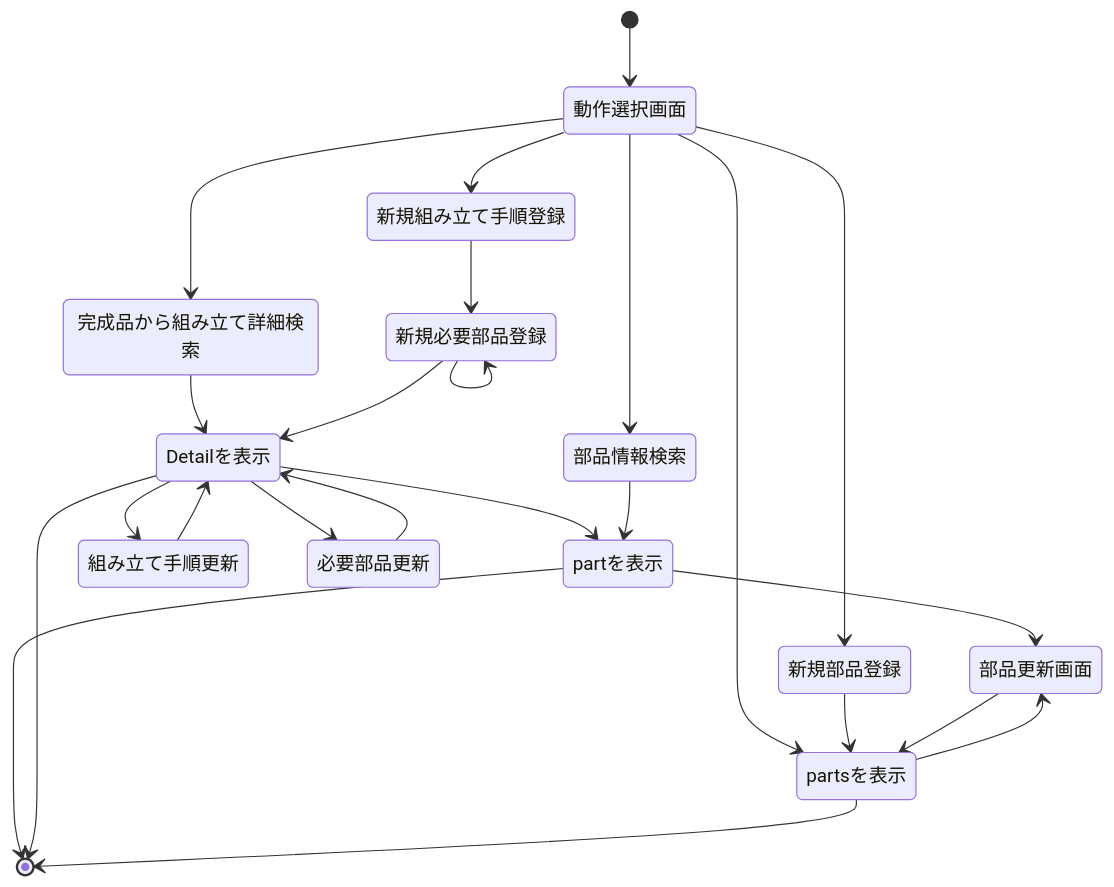
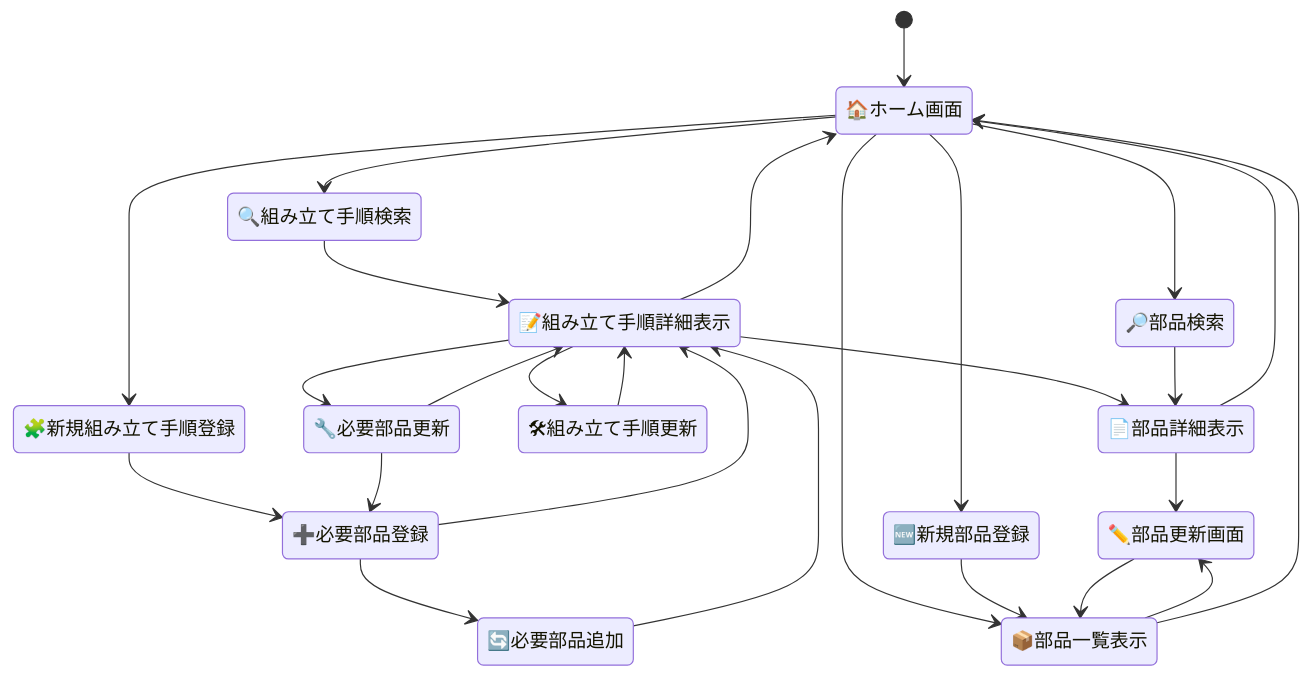
Before and after one commit to kaori5153/AssemFlow: the diagram in src/AssemFlowState.md, drawn with Mermaid. The commit also changed 4 other files, not shown here.

````diff
--- a/src/AssemFlowState.md
+++ b/src/AssemFlowState.md
@@ -1,31 +1,36 @@
 ```mermaid
 
 stateDiagram-v2
-[*] --> 動作選択画面
-    動作選択画面 --> 完成品から組み立て詳細検索
-    動作選択画面 --> 新規組み立て手順登録
-    動作選択画面 --> 新規部品登録
-    動作選択画面 --> 部品情報検索
-    動作選択画面 --> partsを表示
-    完成品から組み立て詳細検索 --> Detailを表示
-    Detailを表示 --> partを表示
-    新規組み立て手順登録 --> 新規必要部品登録
-    新規必要部品登録 --> Detailを表示
-    新規必要部品登録 --> 新規必要部品登録
-    新規部品登録 --> partsを表示
-    部品情報検索 --> partを表示
-    partを表示 --> 部品更新画面
-    部品更新画面 --> partsを表示
-    Detailを表示 --> 組み立て手順更新
-    組み立て手順更新--> Detailを表示
-    Detailを表示 --> 必要部品更新
-    
-    必要部品更新 --> Detailを表示
-    partsを表示 -->  部品更新画面
-    partを表示--> [*]
-    Detailを表示--> [*]
-    partsを表示 --> [*]
+[*] --> 🏠ホーム画面
+🏠ホーム画面 --> 🔍組み立て手順検索
+🏠ホーム画面 --> 🧩新規組み立て手順登録
+🏠ホーム画面 --> 🆕新規部品登録
+🏠ホーム画面 --> 🔎部品検索
+🏠ホーム画面 --> 📦部品一覧表示
 
+🔍組み立て手順検索 --> 📝組み立て手順詳細表示
+📝組み立て手順詳細表示 --> 📄部品詳細表示
 
+🧩新規組み立て手順登録 --> ➕必要部品登録
+➕必要部品登録 --> 📝組み立て手順詳細表示
+➕必要部品登録 --> 🔄必要部品追加
+🔄必要部品追加 --> 📝組み立て手順詳細表示
+
+🆕新規部品登録 --> 📦部品一覧表示
+🔎部品検索 --> 📄部品詳細表示
+📄部品詳細表示 --> ✏️部品更新画面
+✏️部品更新画面 --> 📦部品一覧表示
+
+📝組み立て手順詳細表示 --> 🛠組み立て手順更新
+🛠組み立て手順更新 --> 📝組み立て手順詳細表示
+
+📝組み立て手順詳細表示 --> 🔧必要部品更新
+🔧必要部品更新 --> 📝組み立て手順詳細表示
+🔧必要部品更新 --> ➕必要部品登録
+
+📦部品一覧表示 --> ✏️部品更新画面
+📦部品一覧表示 --> 🏠ホーム画面
+📄部品詳細表示 --> 🏠ホーム画面
+📝組み立て手順詳細表示 --> 🏠ホーム画面
 
 ```
````
